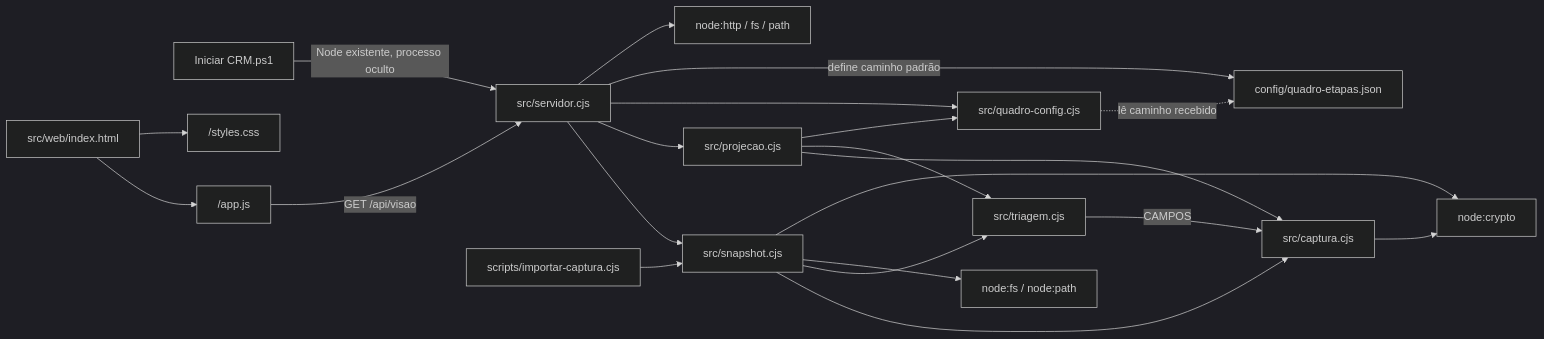
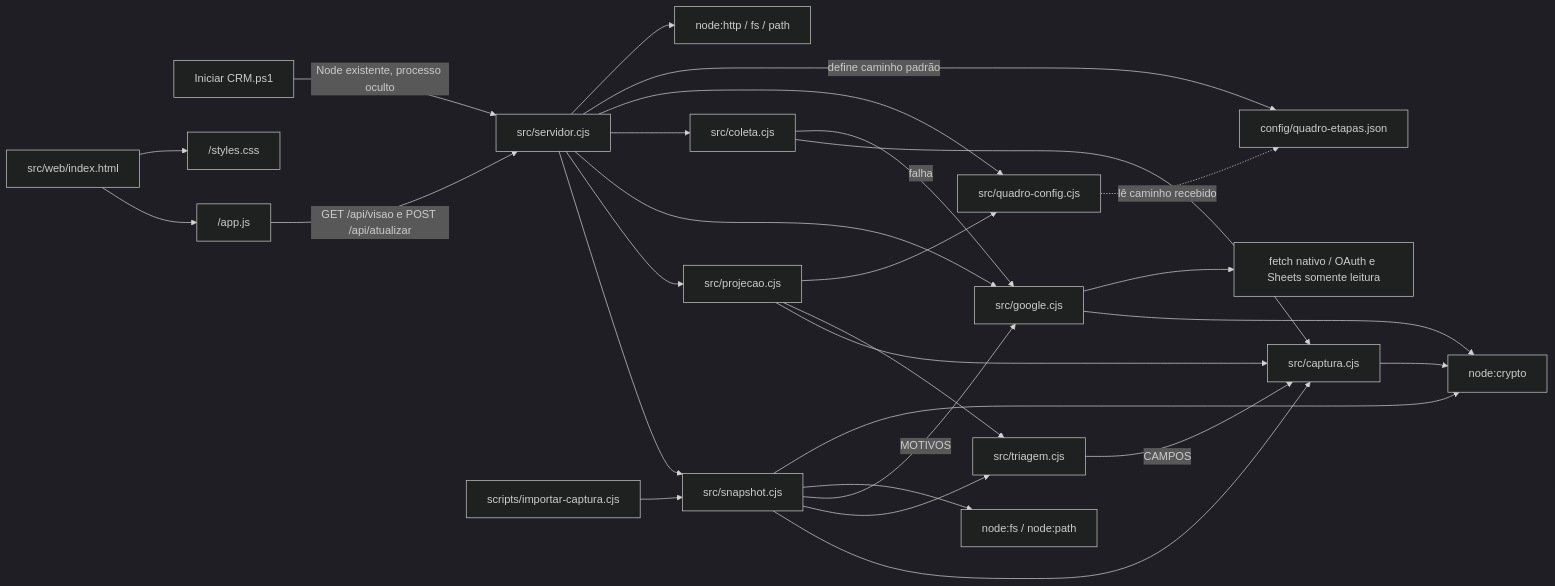
One commit to Browsher/crm-social changed the first of 4 diagrams in docs/architecture.md. Above: the diagram before and after it, drawn with Mermaid (dark theme). The commit also changed other lines of this file and 47 other files, not shown here.

Commit message:
feat: atualizar seis abas com leitura Google nativa e captura segura

````diff
--- a/docs/architecture.md
+++ b/docs/architecture.md
@@ -9,23 +9,30 @@
 ```mermaid
 flowchart LR
   Iniciador["Iniciar CRM.ps1"] -->|Node existente, processo oculto| Server
   CLI["scripts/importar-captura.cjs"] --> Snapshot["src/snapshot.cjs"]
   Snapshot --> Captura["src/captura.cjs"]
   Snapshot --> Triagem["src/triagem.cjs"]
   Server["src/servidor.cjs"] --> Snapshot
   Server --> Projecao["src/projecao.cjs"]
+  Server --> Google["src/google.cjs"]
+  Server --> Coleta["src/coleta.cjs"]
+  Snapshot -->|MOTIVOS| Google
+  Coleta --> Captura
+  Coleta -->|falha| Google
+  Google --> Crypto
+  Google --> Fetch["fetch nativo / OAuth e Sheets somente leitura"]
   Server --> Quadro["src/quadro-config.cjs"]
   Projecao --> Captura
   Projecao --> Triagem
   Triagem -->|CAMPOS| Captura
   Projecao --> Quadro
   Server -->|define caminho padrão| Config["config/quadro-etapas.json"]
   Quadro -.->|lê caminho recebido| Config
   HTML["src/web/index.html"] --> JS["/app.js"]
   HTML --> CSS["/styles.css"]
-  JS -->|GET /api/visao| Server
+  JS -->|GET /api/visao e POST /api/atualizar| Server
   Snapshot --> FS["node:fs / node:path"]
   Captura --> Crypto["node:crypto"]
   Snapshot --> Crypto
   Server --> HTTP["node:http / fs / path"]
 ```
````
